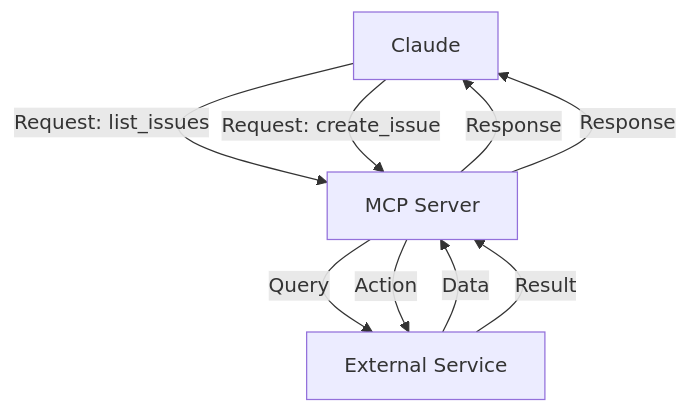
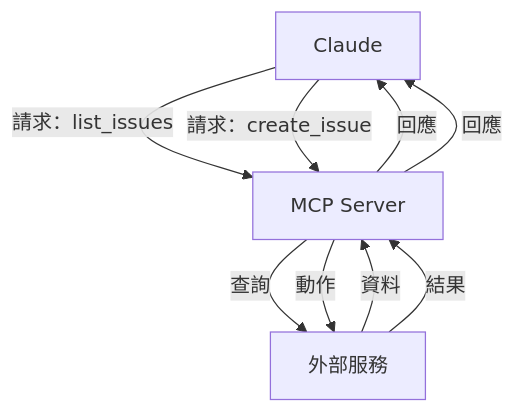
One commit to huckly/claude-howto-zh-tw changed diagram 12 of 31 in claude_concepts_guide.md. Above: the diagram before and after it, drawn with Mermaid. The commit also changed other lines of this file and 12 other files, not shown here.

````diff
--- a/claude_concepts_guide.md
+++ b/claude_concepts_guide.md
@@ -952,16 +952,16 @@
 ```mermaid
 graph TB
     A["Claude"]
     B["MCP Server"]
-    C["External Service"]
+    C["外部服務"]
 
-    A -->|Request: list_issues| B
-    B -->|Query| C
-    C -->|Data| B
-    B -->|Response| A
+    A -->|請求：list_issues| B
+    B -->|查詢| C
+    C -->|資料| B
+    B -->|回應| A
 
-    A -->|Request: create_issue| B
-    B -->|Action| C
-    C -->|Result| B
-    B -->|Response| A
+    A -->|請求：create_issue| B
+    B -->|動作| C
+    C -->|結果| B
+    B -->|回應| A
 ```
````
